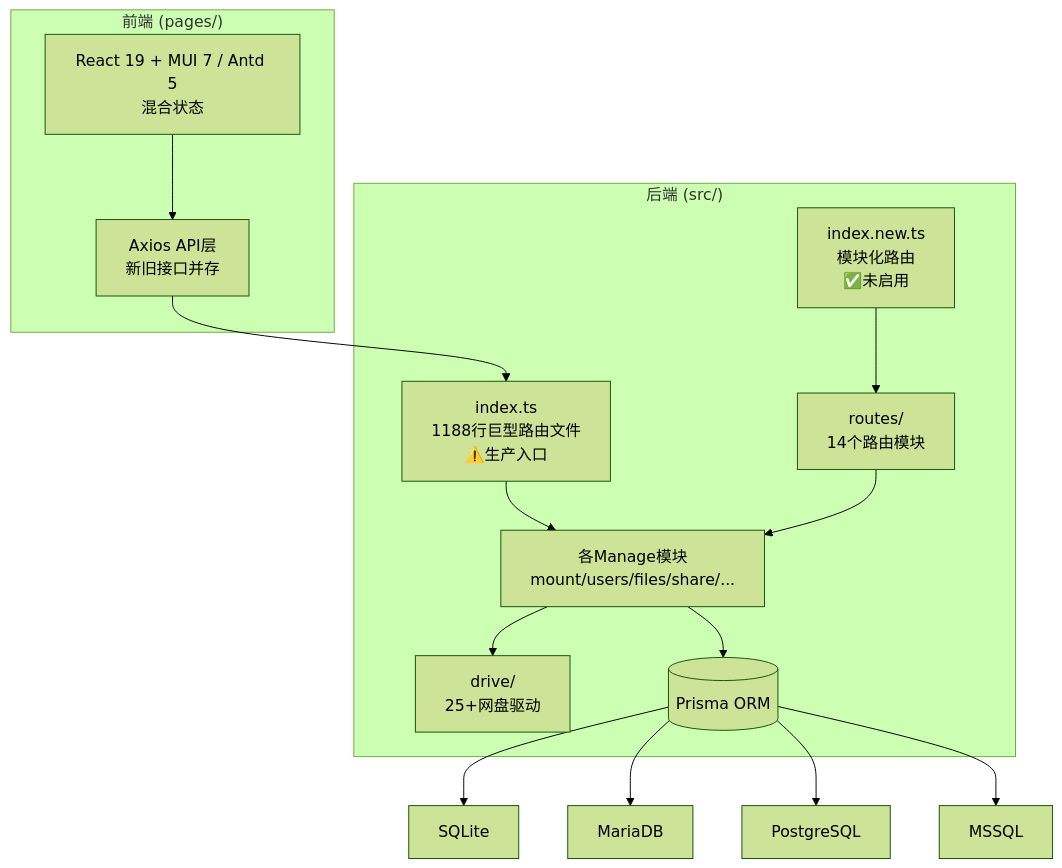
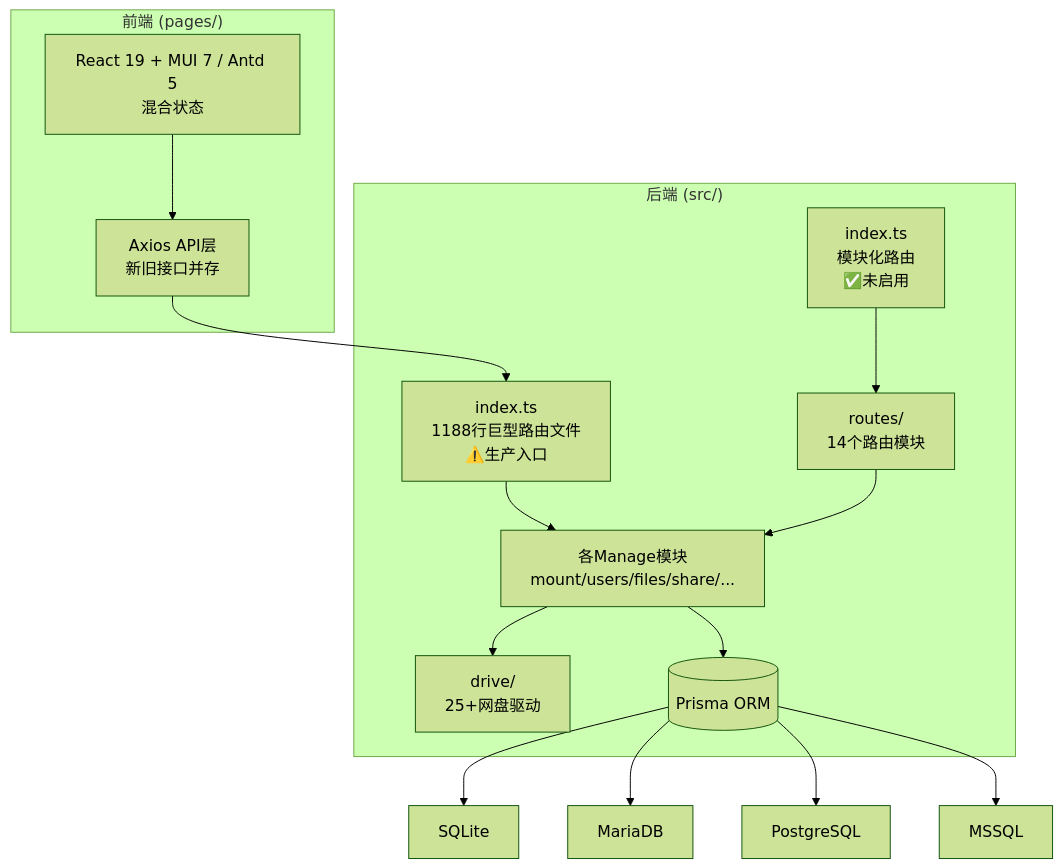
The diagram in docs/整体项目评审.md (OpenListTeam/OpenList-Worker), drawn with Mermaid (forest theme) before and after one commit. The commit also changed other lines of this file and 102 other files, not shown here.

````diff
--- a/docs/整体项目评审.md
+++ b/docs/整体项目评审.md
@@ -19,20 +19,20 @@
 ```mermaid
 graph TB
     subgraph "前端 (pages/)"
         FE[React 19 + MUI 7 / Antd 5<br>混合状态] --> API[Axios API层<br>新旧接口并存]
     end
     subgraph "后端 (src/)"
         RT_OLD[index.ts<br>1188行巨型路由文件<br>⚠️生产入口] 
-        RT_NEW[index.new.ts<br>模块化路由<br>✅未启用]
+        RT_NEW[index.ts<br>模块化路由<br>✅未启用]
         RT_OLD --> MM
         RT_NEW --> RTS[routes/<br>14个路由模块]
         RTS --> MM[各Manage模块<br>mount/users/files/share/...]
         MM --> DRV[drive/<br>25+网盘驱动]
         MM --> DB[(Prisma ORM)]
     end
     API --> RT_OLD
     DB --> SQLite
     DB --> MariaDB
     DB --> PostgreSQL
     DB --> MSSQL
 ```
````
